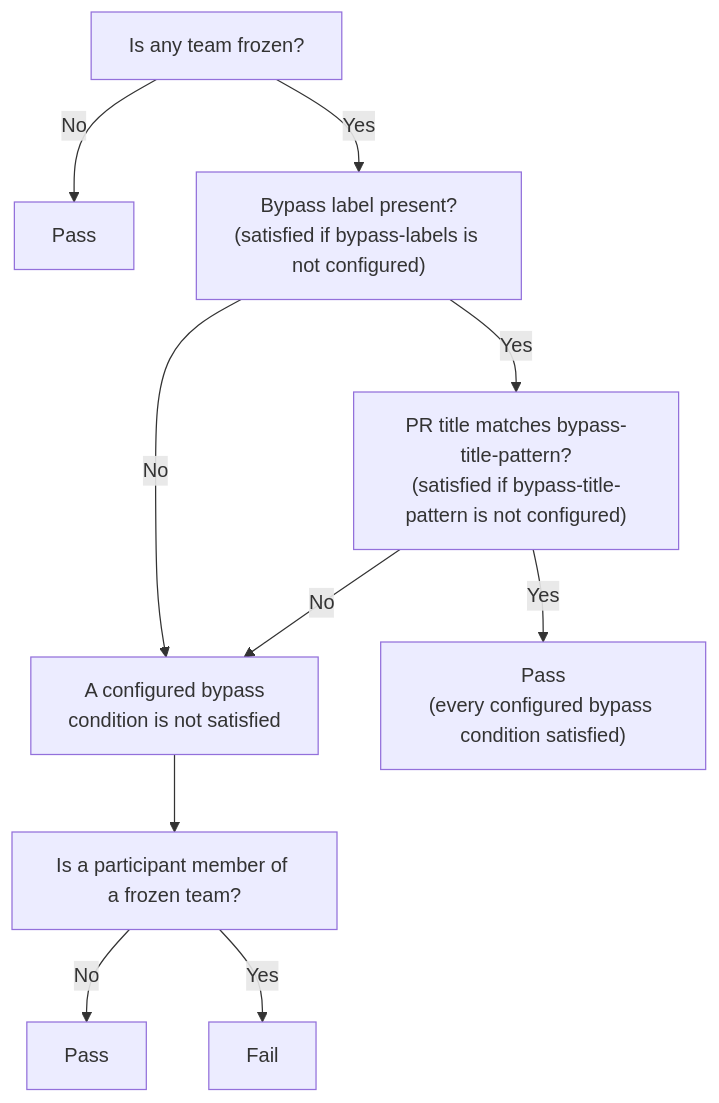
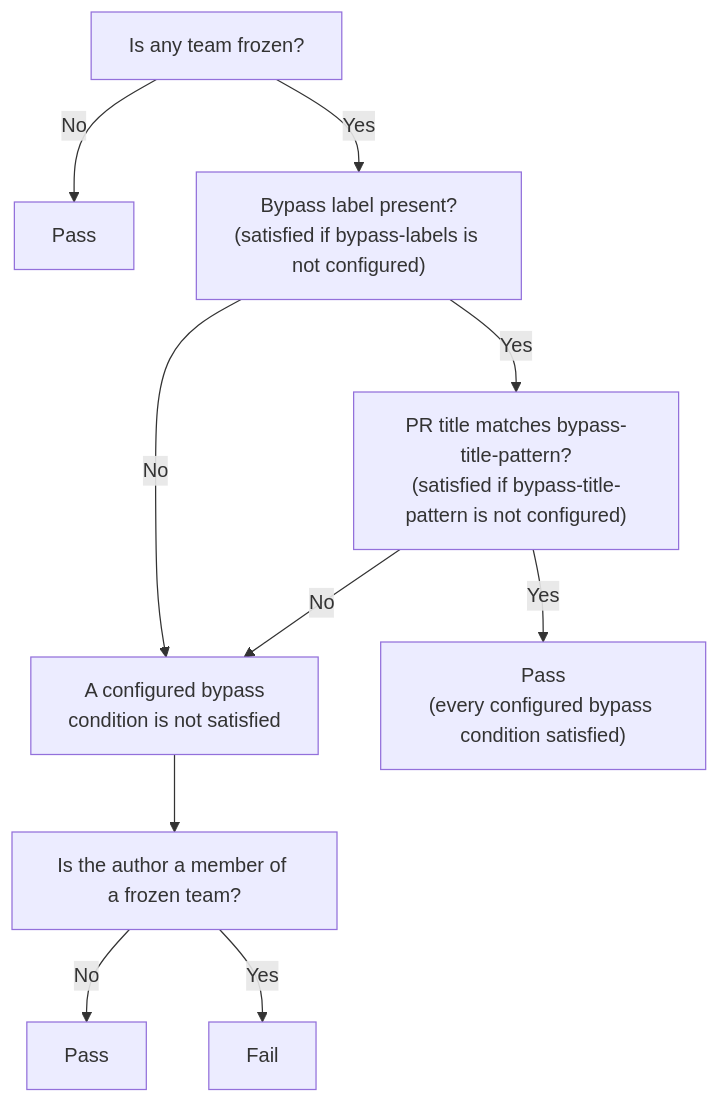
The diagram in README.md (DataDog/team-freeze-guard), drawn with Mermaid before and after one commit. The commit also changed other lines of this file and 18 other files, not shown here.

````diff
--- a/README.md
+++ b/README.md
@@ -13,12 +17,12 @@
 ```mermaid
 flowchart TD
     A["Is any team frozen?"] -->|No| PASS1["Pass"]
     A -->|Yes| L["Bypass label present?<br/>(satisfied if bypass-labels is not configured)"]
     L -->|No| NOBYPASS["A configured bypass<br/>condition is not satisfied"]
     L -->|Yes| T["PR title matches bypass-title-pattern?<br/>(satisfied if bypass-title-pattern is not configured)"]
     T -->|No| NOBYPASS
     T -->|Yes| PASS2["Pass<br/>(every configured bypass condition satisfied)"]
-    NOBYPASS --> C["Is a participant member of a frozen team?"]
+    NOBYPASS --> C["Is the author a member of a frozen team?"]
     C -->|No| PASS3["Pass"]
     C -->|Yes| FAIL["Fail"]
 ```
````
